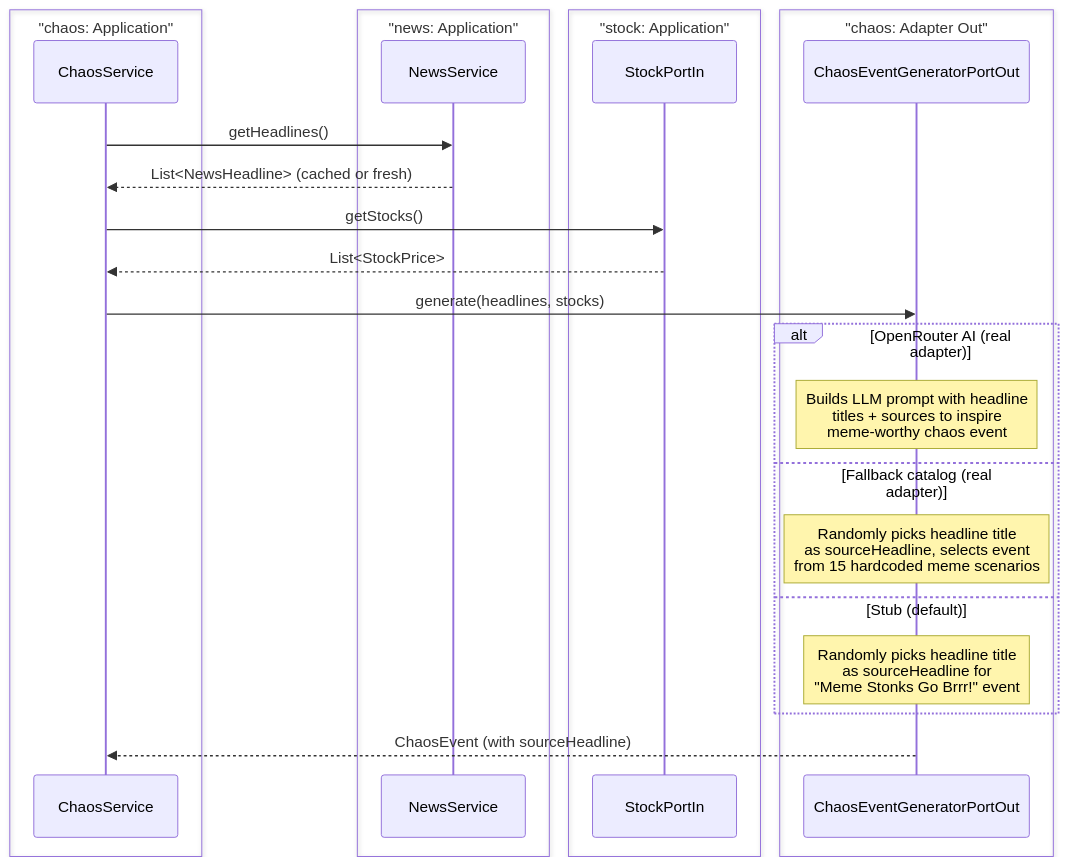
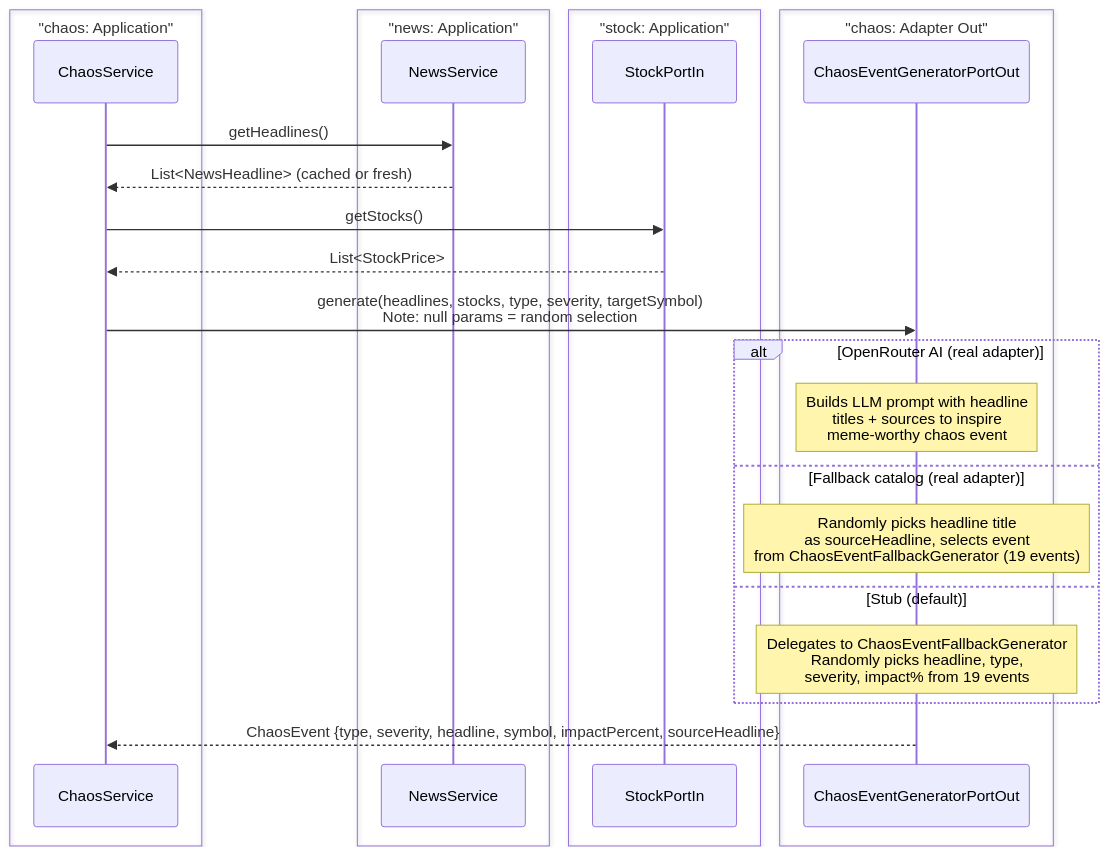
Diagram 22 of 22 in stonks_java/README.md (franBec/stonks-simulator), drawn with Mermaid before and after one commit. The commit also changed other lines of this file, not shown here.

First line of the commit message:
docs: sync E2E flow diagrams with chaos event API changes

````diff
--- a/stonks_java/README.md
+++ b/stonks_java/README.md
@@ -1033,33 +1036,33 @@
 ```mermaid
 sequenceDiagram
     box "chaos: Application"
     participant CS2 as ChaosService
     end
     box "news: Application"
     participant NS2 as NewsService
     end
     box "stock: Application"
     participant SI as StockPortIn
     end
     box "chaos: Adapter Out"
     participant CEG as ChaosEventGeneratorPortOut
     end
 
     CS2->>NS2: getHeadlines()
     NS2-->>CS2: List<NewsHeadline> (cached or fresh)
 
     CS2->>SI: getStocks()
     SI-->>CS2: List<StockPrice>
 
-    CS2->>CEG: generate(headlines, stocks)
+    CS2->>CEG: generate(headlines, stocks, type, severity, targetSymbol)<br/>Note: null params = random selection
 
     alt OpenRouter AI (real adapter)
         Note over CEG: Builds LLM prompt with headline<br/>titles + sources to inspire<br/>meme-worthy chaos event
     else Fallback catalog (real adapter)
-        Note over CEG: Randomly picks headline title<br/>as sourceHeadline, selects event<br/>from 15 hardcoded meme scenarios
+        Note over CEG: Randomly picks headline title<br/>as sourceHeadline, selects event<br/>from ChaosEventFallbackGenerator (19 events)
     else Stub (default)
-        Note over CEG: Randomly picks headline title<br/>as sourceHeadline for<br/>"Meme Stonks Go Brrr!" event
+        Note over CEG: Delegates to ChaosEventFallbackGenerator<br/>Randomly picks headline, type,<br/>severity, impact% from 19 events
     end
 
-    CEG-->>CS2: ChaosEvent (with sourceHeadline)
+    CEG-->>CS2: ChaosEvent {type, severity, headline, symbol, impactPercent, sourceHeadline}
 ```
````
